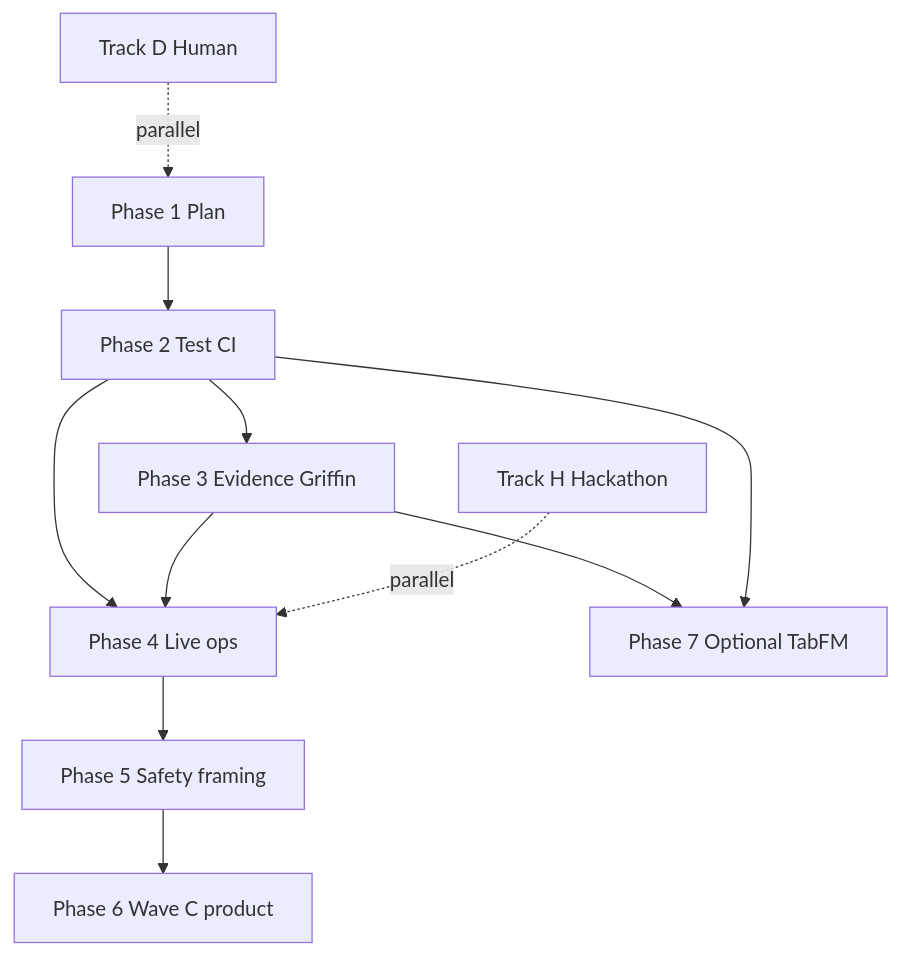
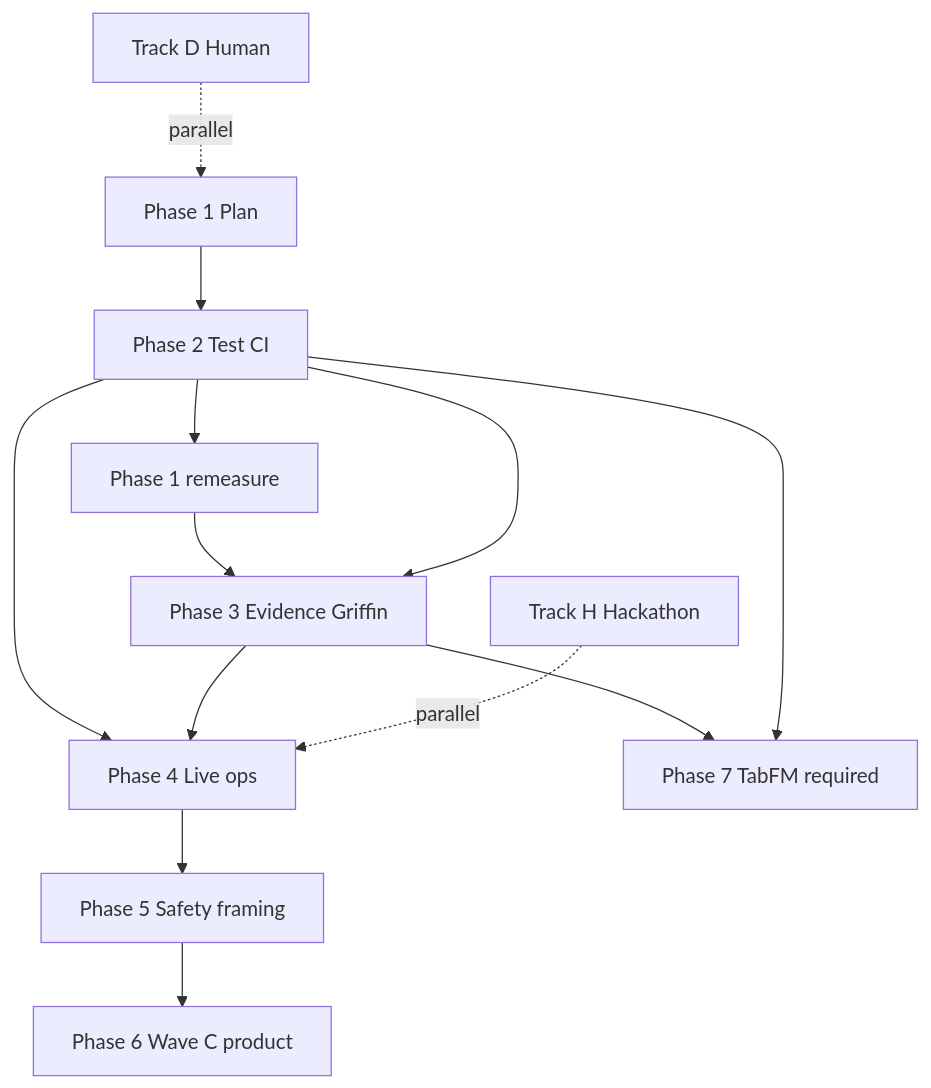
One commit to chiruu12/arcnet changed the diagram in docs/21-next-phases-plan.md. Above: the diagram before and after it, drawn with Mermaid. The commit also changed other lines of this file and 3 other files, not shown here.

Commit message:
mark Phase 2 done; TabFM required

````diff
--- a/docs/21-next-phases-plan.md
+++ b/docs/21-next-phases-plan.md
@@ -212,23 +232,26 @@
 ```mermaid
 flowchart TB
   P1[Phase 1 Plan]
   P2[Phase 2 Test CI]
+  P1b[Phase 1 remeasure]
   P3[Phase 3 Evidence Griffin]
   P4[Phase 4 Live ops]
   P5[Phase 5 Safety framing]
   P6[Phase 6 Wave C product]
-  P7[Phase 7 Optional TabFM]
+  P7[Phase 7 TabFM required]
   H[Track H Hackathon]
   D[Track D Human]
 
   P1 --> P2
+  P2 --> P1b
+  P1b --> P3
   P2 --> P3
   P2 --> P4
   P3 --> P4
   P4 --> P5
   P5 --> P6
   P3 --> P7
   P2 --> P7
   H -.->|parallel| P4
   D -.->|parallel| P1
 ```
````
